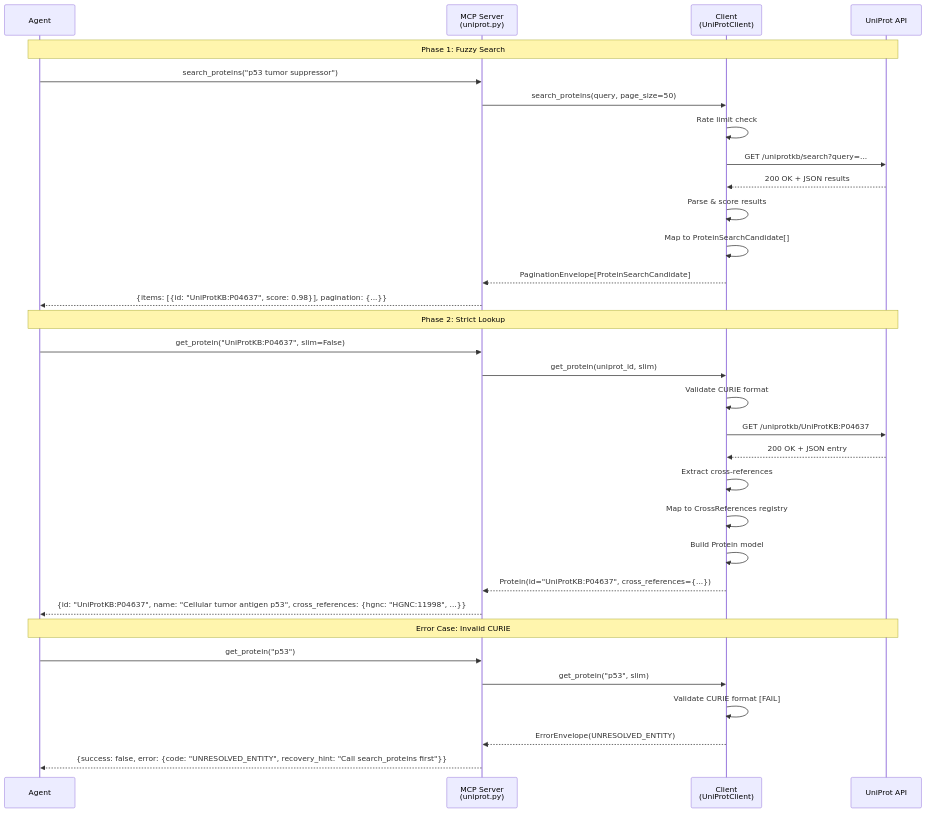
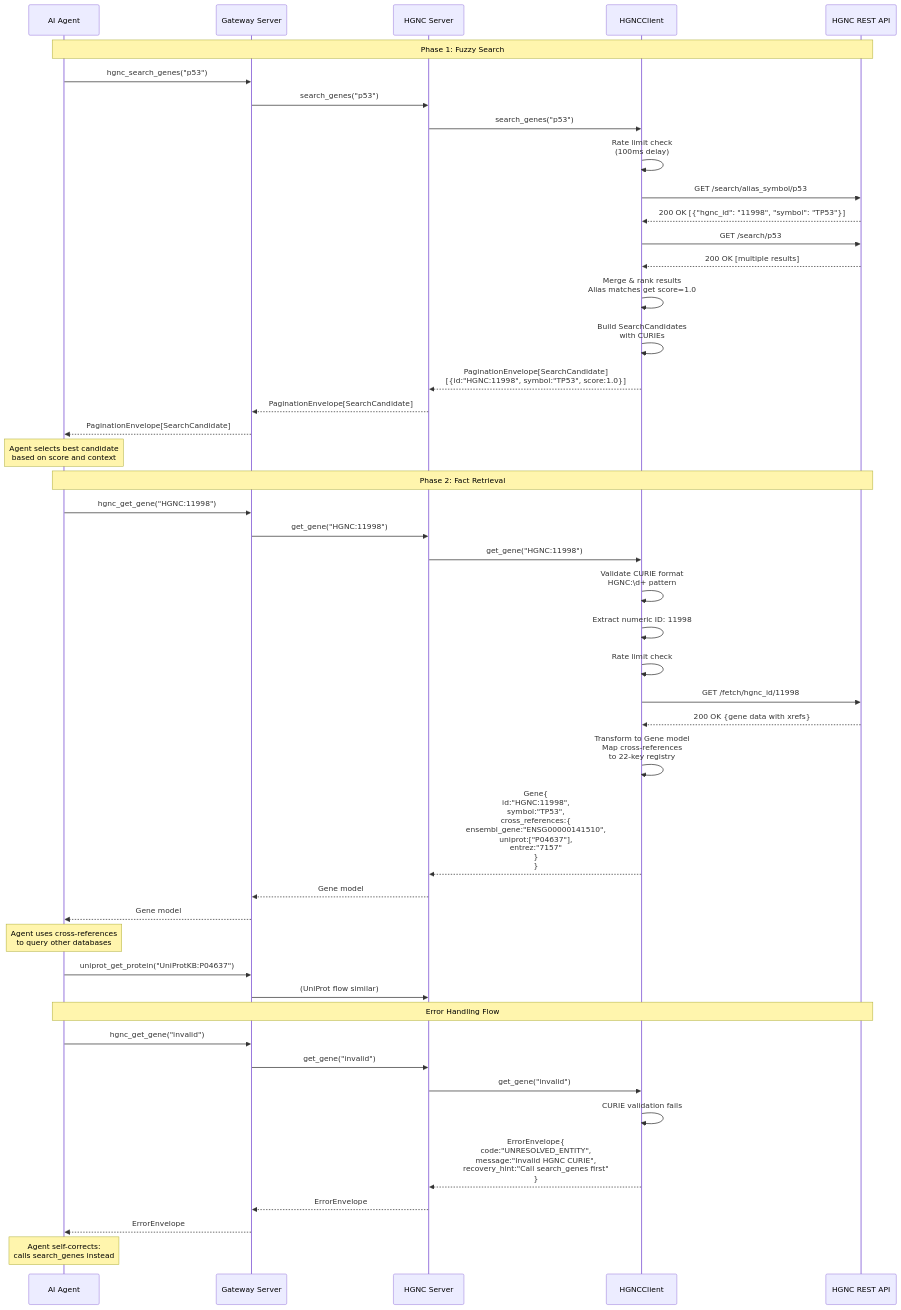
One commit to donbr/lifesciences-research changed the sixth of 8 diagrams in architecture/diagrams/02_architecture_diagrams.md. Above: the diagram before and after it, drawn with Mermaid. The commit also changed other lines of this file and 8 other files, not shown here.

````diff
--- a/architecture/diagrams/02_architecture_diagrams.md
+++ b/architecture/diagrams/02_architecture_diagrams.md
@@ -542,37 +620,67 @@
 ```mermaid
 sequenceDiagram
-    participant Agent
-    participant Server as MCP Server<br/>(uniprot.py)
-    participant Client as Client<br/>(UniProtClient)
-    participant API as UniProt API
+    participant Agent as AI Agent
+    participant Gateway as Gateway Server
+    participant Server as HGNC Server
+    participant Client as HGNCClient
+    participant API as HGNC REST API
 
     Note over Agent,API: Phase 1: Fuzzy Search
-    Agent->>Server: search_proteins("p53 tumor suppressor")
-    Server->>Client: search_proteins(query, page_size=50)
+
+    Agent->>Gateway: hgnc_search_genes("p53")
+    Gateway->>Server: search_genes("p53")
+    Server->>Client: search_genes("p53")
+
+    Client->>Client: Rate limit check<br/>(100ms delay)
+    Client->>API: GET /search/alias_symbol/p53
+    API-->>Client: 200 OK [{"hgnc_id": "11998", "symbol": "TP53"}]
+
+    Client->>API: GET /search/p53
+    API-->>Client: 200 OK [multiple results]
+
+    Client->>Client: Merge & rank results<br/>Alias matches get score=1.0
+    Client->>Client: Build SearchCandidates<br/>with CURIEs
+
+    Client-->>Server: PaginationEnvelope[SearchCandidate]<br/>[{id:"HGNC:11998", symbol:"TP53", score:1.0}]
+    Server-->>Gateway: PaginationEnvelope[SearchCandidate]
+    Gateway-->>Agent: PaginationEnvelope[SearchCandidate]
+
+    Note over Agent: Agent selects best candidate<br/>based on score and context
+
+    Note over Agent,API: Phase 2: Fact Retrieval
+
+    Agent->>Gateway: hgnc_get_gene("HGNC:11998")
+    Gateway->>Server: get_gene("HGNC:11998")
+    Server->>Client: get_gene("HGNC:11998")
+
+    Client->>Client: Validate CURIE format<br/>HGNC:\d+ pattern
+    Client->>Client: Extract numeric ID: 11998
+
     Client->>Client: Rate limit check
-    Client->>API: GET /uniprotkb/search?query=...
-    API-->>Client: 200 OK + JSON results
-    Client->>Client: Parse & score results
-    Client->>Client: Map to ProteinSearchCandidate[]
-    Client-->>Server: PaginationEnvelope[ProteinSearchCandidate]
-    Server-->>Agent: {items: [{id: "UniProtKB:P04637", score: 0.98}], pagination: {...}}
+    Client->>API: GET /fetch/hgnc_id/11998
+    API-->>Client: 200 OK {gene data with xrefs}
 
-    Note over Agent,API: Phase 2: Strict Lookup
-    Agent->>Server: get_protein("UniProtKB:P04637", slim=False)
-    Server->>Client: get_protein(uniprot_id, slim)
-    Client->>Client: Validate CURIE format
-    Client->>API: GET /uniprotkb/UniProtKB:P04637
-    API-->>Client: 200 OK + JSON entry
-    Client->>Client: Extract cross-references
-    Client->>Client: Map to CrossReferences registry
-    Client->>Client: Build Protein model
-    Client-->>Server: Protein(id="UniProtKB:P04637", cross_references={...})
-    Server-->>Agent: {id: "UniProtKB:P04637", name: "Cellular tumor antigen p53", cross_references: {hgnc: "HGNC:11998", ...}}
+    Client->>Client: Transform to Gene model<br/>Map cross-references<br/>to 22-key registry
 
-    Note over Agent,API: Error Case: Invalid CURIE
-    Agent->>Server: get_protein("p53")
-    Server->>Client: get_protein("p53", slim)
-    Client->>Client: Validate CURIE format [FAIL]
-    Client-->>Server: ErrorEnvelope(UNRESOLVED_ENTITY)
-    Server-->>Agent: {success: false, error: {code: "UNRESOLVED_ENTITY", recovery_hint: "Call search_proteins first"}}
+    Client-->>Server: Gene{<br/>id:"HGNC:11998",<br/>symbol:"TP53",<br/>cross_references:{<br/>  ensembl_gene:"ENSG00000141510",<br/>  uniprot:["P04637"],<br/>  entrez:"7157"<br/>}<br/>}
+    Server-->>Gateway: Gene model
+    Gateway-->>Agent: Gene model
+
+    Note over Agent: Agent uses cross-references<br/>to query other databases
+
+    Agent->>Gateway: uniprot_get_protein("UniProtKB:P04637")
+    Gateway->>Server: (UniProt flow similar)
+
+    Note over Agent,API: Error Handling Flow
+
+    Agent->>Gateway: hgnc_get_gene("invalid")
+    Gateway->>Server: get_gene("invalid")
+    Server->>Client: get_gene("invalid")
+
+    Client->>Client: CURIE validation fails
+    Client-->>Server: ErrorEnvelope{<br/>code:"UNRESOLVED_ENTITY",<br/>message:"Invalid HGNC CURIE",<br/>recovery_hint:"Call search_genes first"<br/>}
+    Server-->>Gateway: ErrorEnvelope
+    Gateway-->>Agent: ErrorEnvelope
+
+    Note over Agent: Agent self-corrects:<br/>calls search_genes instead
 ```
````
